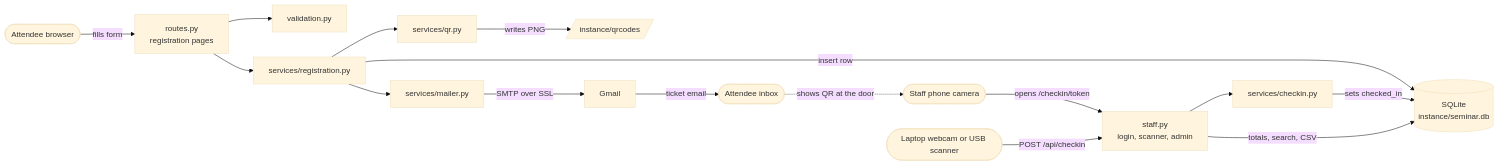
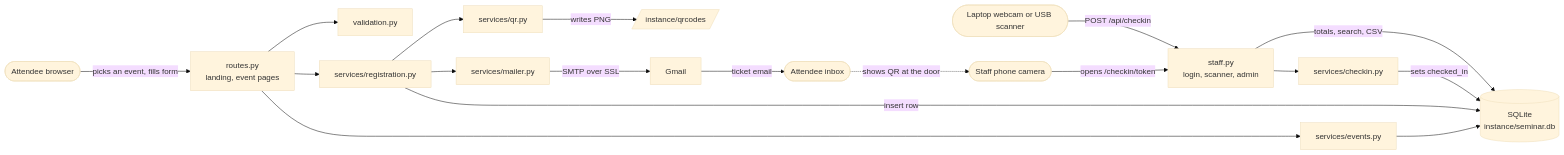
Before and after one commit to lauurnce/my-side-projects: the diagram in seminar-registration/README.md, drawn with Mermaid (base theme). The commit also changed other lines of this file, not shown here.

Commit message:
docs(readme): describe multiple events

````diff
--- a/seminar-registration/README.md
+++ b/seminar-registration/README.md
@@ -21,19 +22,21 @@
 ```mermaid
 flowchart LR
-    attendee([Attendee browser]) -->|fills form| routes[routes.py<br>registration pages]
+    attendee([Attendee browser]) -->|picks an event, fills form| routes[routes.py<br>landing, event pages]
+    routes --> events[services/events.py]
+    events --> db
     routes --> validation[validation.py]
     routes --> registration[services/registration.py]
     registration -->|insert row| db[(SQLite<br>instance/seminar.db)]
     registration --> qr[services/qr.py]
     qr -->|writes PNG| files[/instance/qrcodes/]
     registration --> mailer[services/mailer.py]
     mailer -->|SMTP over SSL| gmail[Gmail]
     gmail -->|ticket email| inbox([Attendee inbox])
 
     inbox -.->|shows QR at the door| phone([Staff phone camera])
     phone -->|opens /checkin/token| staff[staff.py<br>login, scanner, admin]
     laptop([Laptop webcam or USB scanner]) -->|POST /api/checkin| staff
     staff --> checkin[services/checkin.py]
     checkin -->|sets checked_in| db
     staff -->|totals, search, CSV| db
 ```
````
